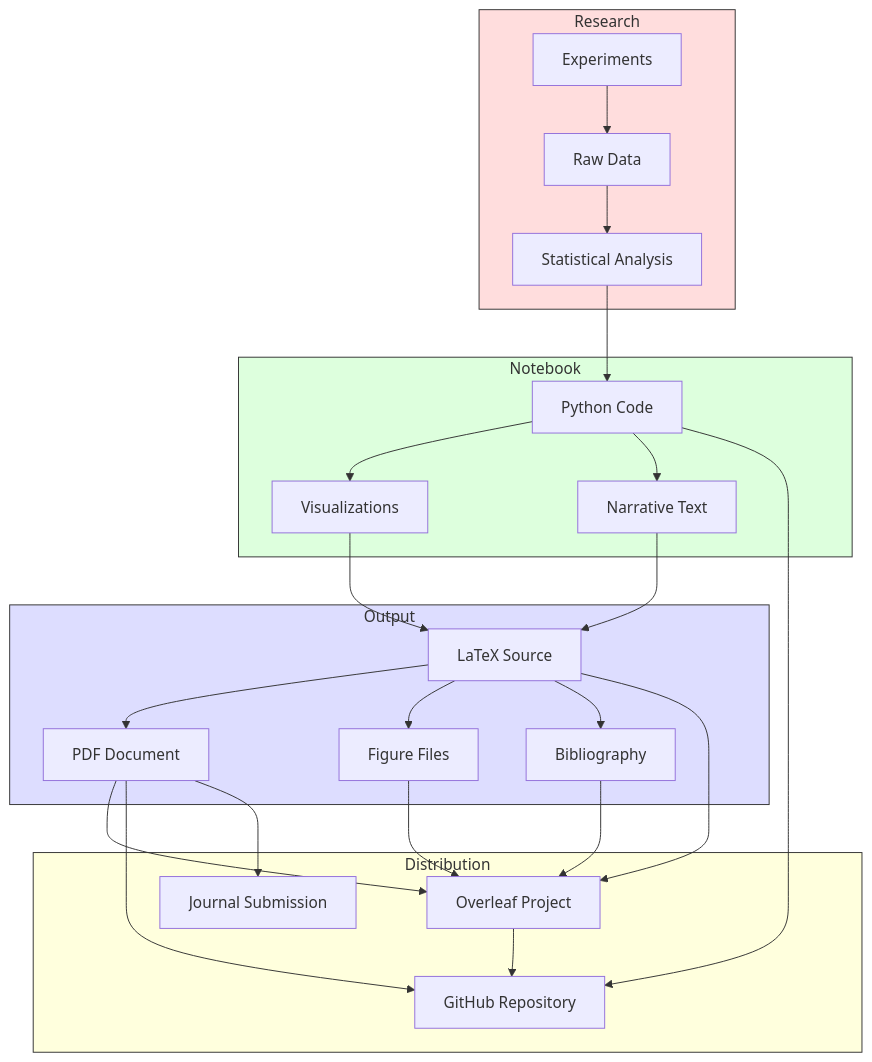
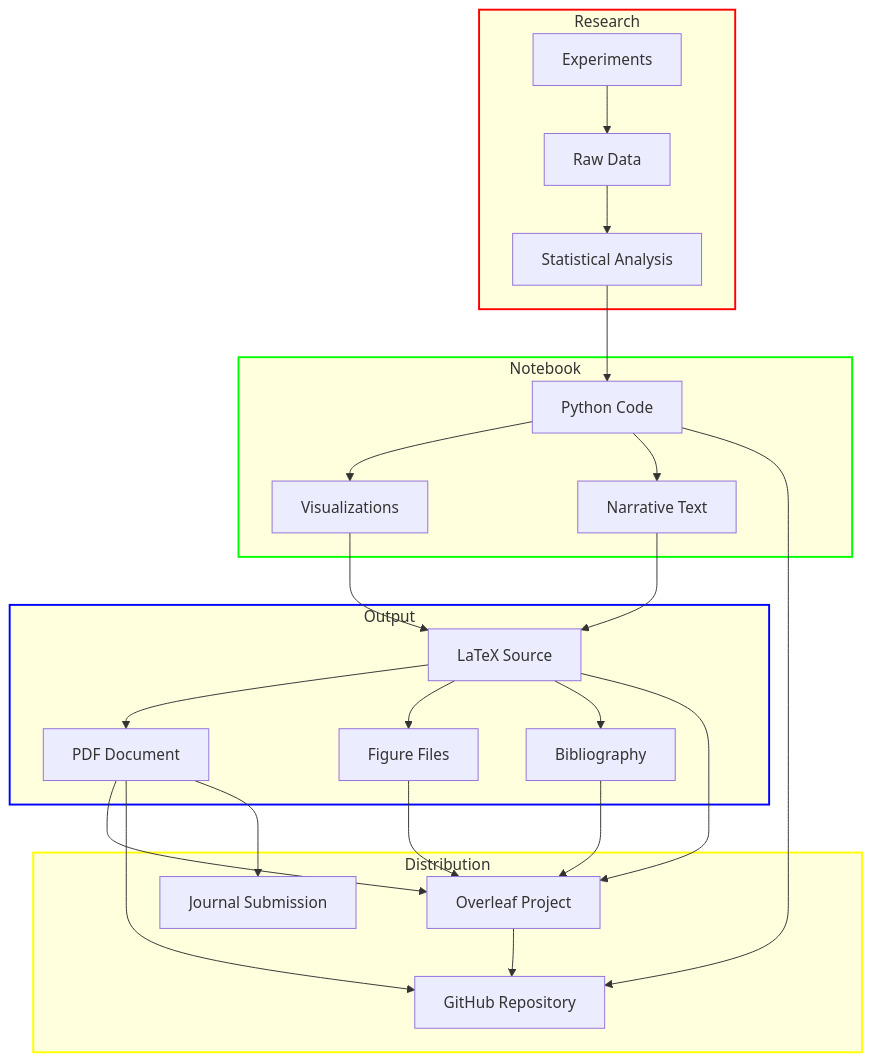
Before and after one commit to Ziforge/jupyter-overleaf-workflow: the seventh of 10 diagrams in docs/DIAGRAMS.md, drawn with Mermaid. The commit also changed other lines of this file and 1 other file, not shown here.

First line of the commit message:
Update Mermaid diagrams to use colored borders only

````diff
--- a/docs/DIAGRAMS.md
+++ b/docs/DIAGRAMS.md
@@ -197,55 +197,55 @@
 ```mermaid
 graph TB
     subgraph Research
         Experiment[Experiments]
         Data[Raw Data]
         Analysis[Statistical Analysis]
     end
 
     subgraph Notebook
         Code[Python Code]
         Viz[Visualizations]
         Text[Narrative Text]
     end
 
     subgraph Output
         LaTeX[LaTeX Source]
         PDF[PDF Document]
         Figures[Figure Files]
         BibTeX[Bibliography]
     end
 
     subgraph Distribution
         Overleaf[Overleaf Project]
         GitHub[GitHub Repository]
         Journal[Journal Submission]
     end
 
     Experiment --> Data
     Data --> Analysis
     Analysis --> Code
     Code --> Viz
     Code --> Text
 
     Viz --> LaTeX
     Text --> LaTeX
     LaTeX --> PDF
     LaTeX --> Figures
     LaTeX --> BibTeX
 
     PDF --> Overleaf
     LaTeX --> Overleaf
     Figures --> Overleaf
     BibTeX --> Overleaf
 
     Overleaf --> GitHub
     PDF --> GitHub
     Code --> GitHub
 
     PDF --> Journal
 
-    style Research fill:#fdd,stroke:#333
-    style Notebook fill:#dfd,stroke:#333
-    style Output fill:#ddf,stroke:#333
-    style Distribution fill:#ffd,stroke:#333
+    style Research stroke:#f00,stroke-width:2px
+    style Notebook stroke:#0f0,stroke-width:2px
+    style Output stroke:#00f,stroke-width:2px
+    style Distribution stroke:#ff0,stroke-width:2px
 ```
````
